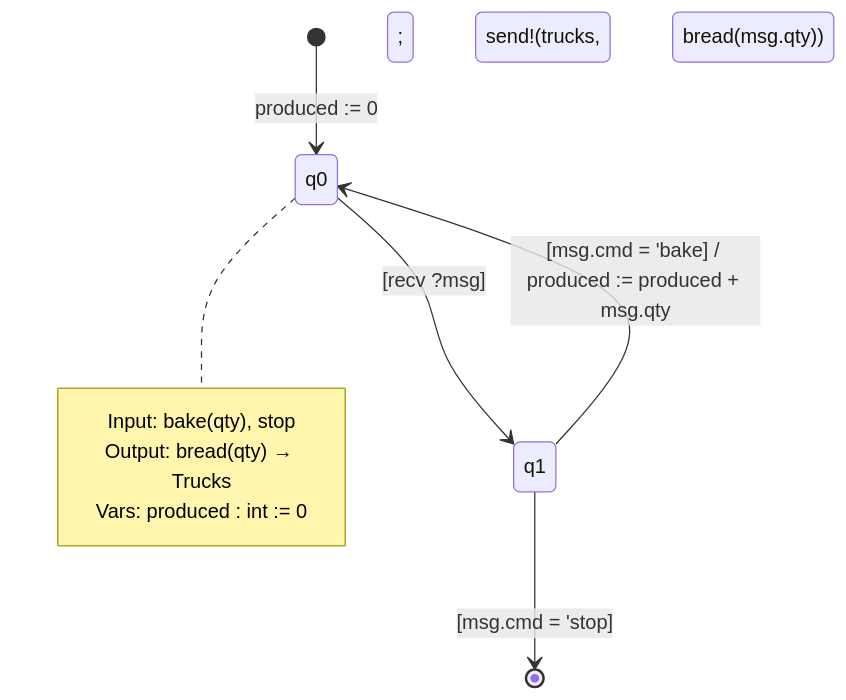
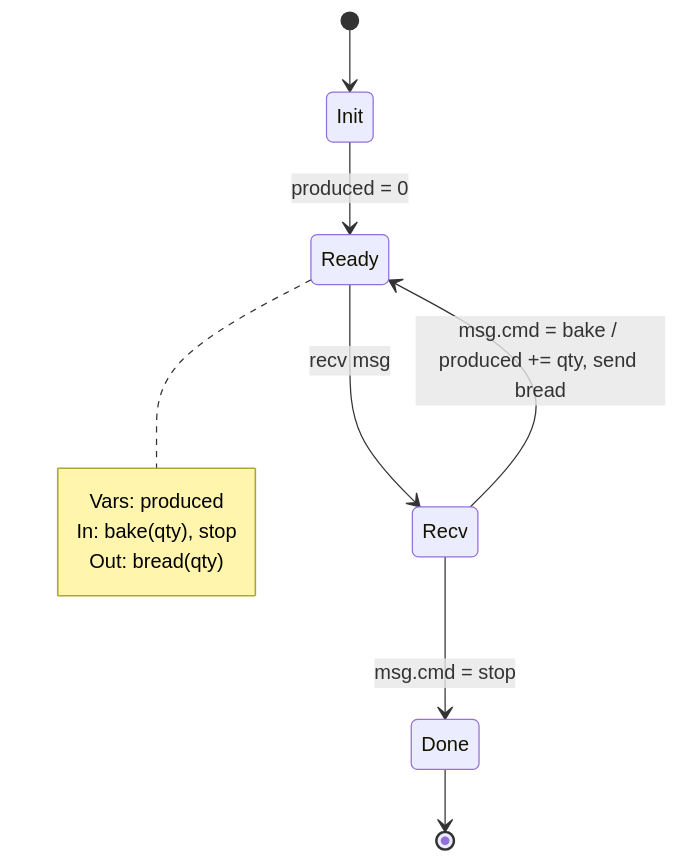
Before and after one commit to rfielding/philosopher: the second of 8 diagrams in examples/breadco-efsm.md, drawn with Mermaid. The commit also changed other lines of this file and 1 other file, not shown here.

````diff
--- a/examples/breadco-efsm.md
+++ b/examples/breadco-efsm.md
@@ -35,14 +35,16 @@
 ```mermaid
 stateDiagram-v2
-    [*] --> q0: produced := 0
+    [*] --> Init
+    Init --> Ready : produced = 0
     
-    q0 --> q1: [recv ?msg]
-    q1 --> q0: [msg.cmd = 'bake] / produced := produced + msg.qty ; send!(trucks, bread(msg.qty))
-    q1 --> [*]: [msg.cmd = 'stop]
+    Ready --> Recv : recv msg
+    Recv --> Ready : msg.cmd = bake / produced += qty, send bread
+    Recv --> Done : msg.cmd = stop
+    Done --> [*]
     
-    note right of q0
-        Input: bake(qty), stop
-        Output: bread(qty) → Trucks
-        Vars: produced : int := 0
+    note right of Ready
+        Vars: produced
+        In: bake(qty), stop
+        Out: bread(qty)
     end note
 ```
````
